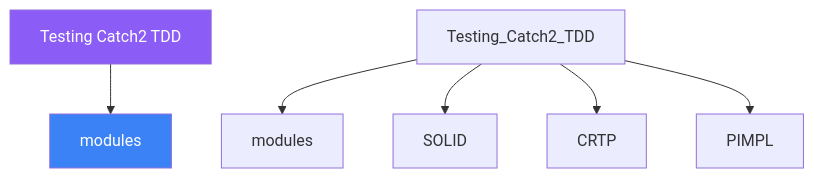
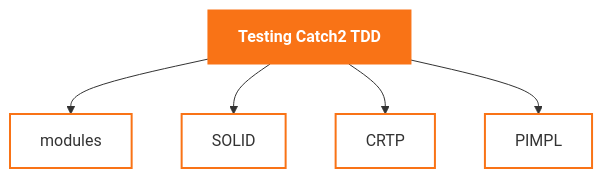
The diagram in mkdocs-site/docs/days/day-19/02-definition.md (AI-Maddy/Learn-Modern-CPP-OOP-30-Days), drawn with Mermaid before and after one commit. The commit also changed 99 other files, not shown here.

````diff
--- a/mkdocs-site/docs/days/day-19/02-definition.md
+++ b/mkdocs-site/docs/days/day-19/02-definition.md
@@ -109,10 +109,12 @@
 ```mermaid
 graph TD
-    ROOT["Testing Catch2 TDD"] --> A["modules"]
-    Testing_Catch2_TDD --> modules["modules"]
-    Testing_Catch2_TDD --> SOLID["SOLID"]
-    Testing_Catch2_TDD --> CRTP["CRTP"]
-    Testing_Catch2_TDD --> PIMPL["PIMPL"]
-    style ROOT fill:#8b5cf6,color:#fff
-    style A    fill:#3b82f6,color:#fff
+    ROOT["Testing Catch2 TDD"]
+    ROOT --> n0["modules"]
+    ROOT --> n1["SOLID"]
+    ROOT --> n2["CRTP"]
+    ROOT --> n3["PIMPL"]
+    classDef topic fill:#f97316,stroke:#f97316,color:#ffffff,font-weight:bold
+    classDef concept fill:transparent,stroke:#f97316,stroke-width:2px
+    class ROOT topic
+    class n0,n1,n2,n3 concept
 ```
````
